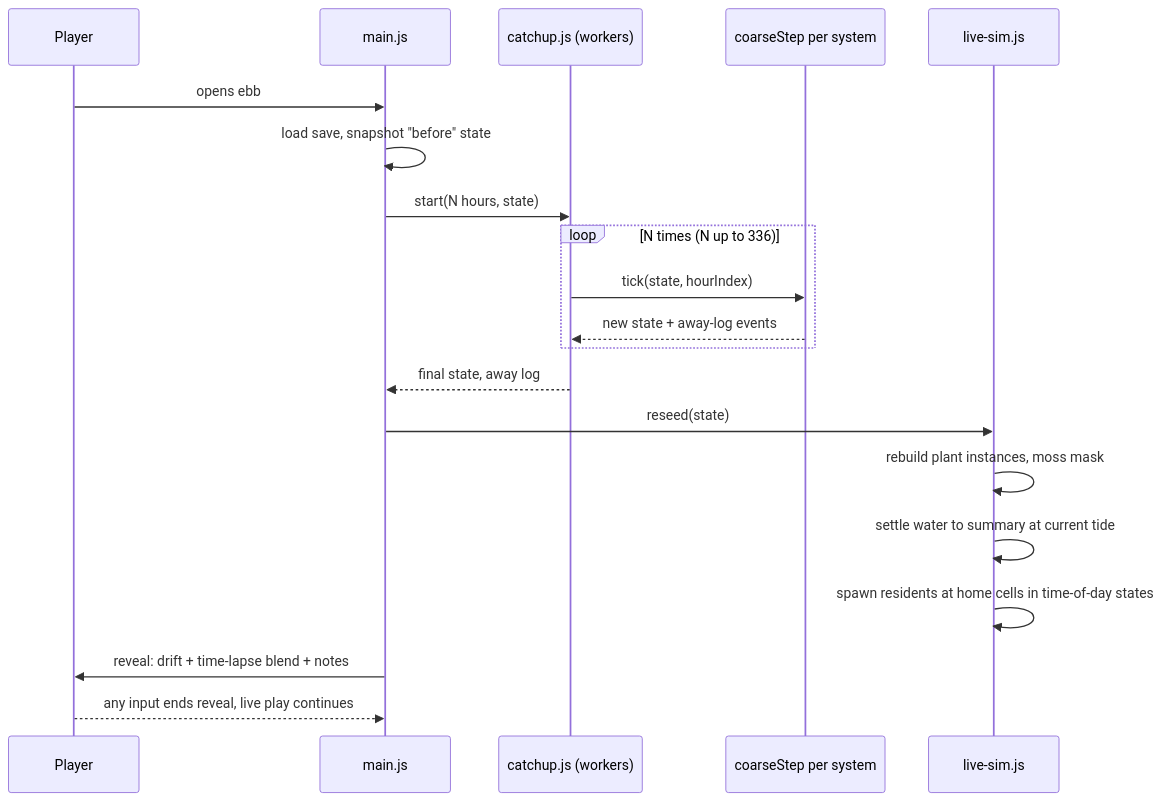
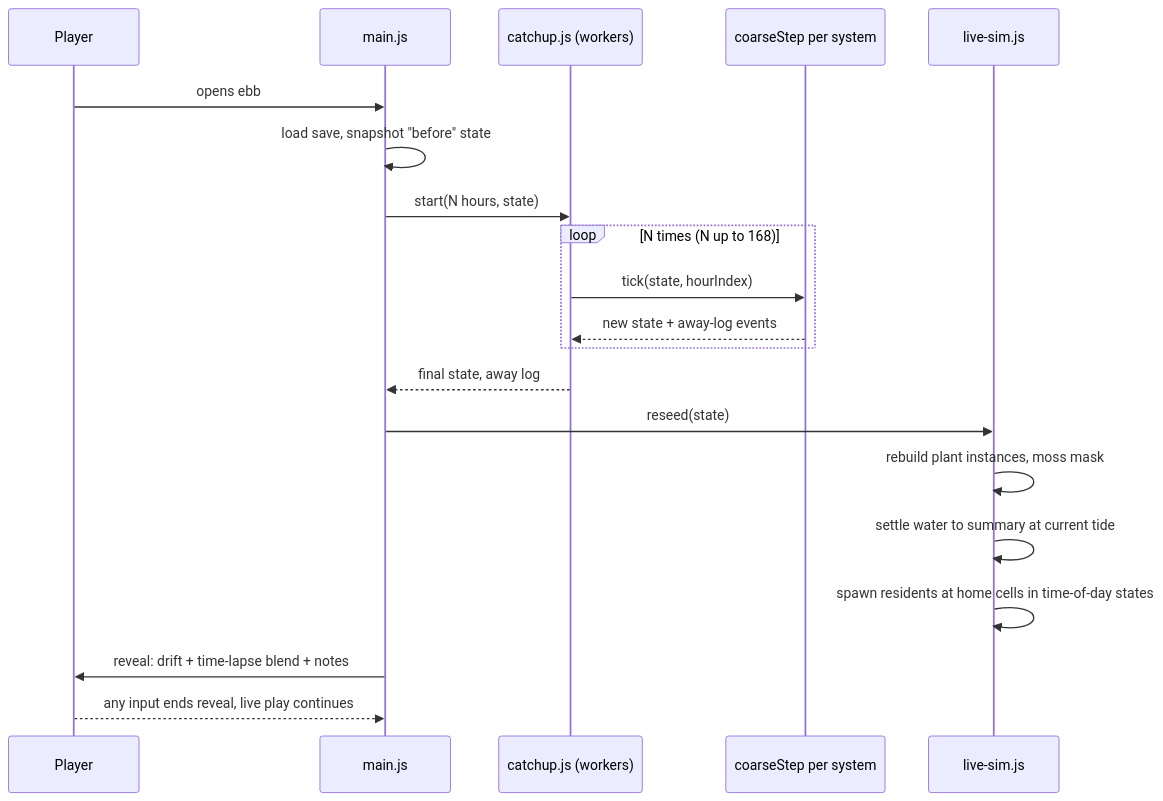
The third of 3 diagrams in docs/02-core-loop-and-idle-model.md (mshomper/ebb), drawn with Mermaid before and after one commit. The commit also changed other lines of this file and 28 other files, not shown here.

````diff
--- a/docs/02-core-loop-and-idle-model.md
+++ b/docs/02-core-loop-and-idle-model.md
@@ -86,22 +86,22 @@
 ```mermaid
 sequenceDiagram
   participant P as Player
   participant M as main.js
   participant C as catchup.js (workers)
   participant E as coarseStep per system
   participant L as live-sim.js
   P->>M: opens ebb
   M->>M: load save, snapshot "before" state
   M->>C: start(N hours, state)
-  loop N times (N up to 336)
+  loop N times (N up to 168)
     C->>E: tick(state, hourIndex)
     E-->>C: new state + away-log events
   end
   C-->>M: final state, away log
   M->>L: reseed(state)
   L->>L: rebuild plant instances, moss mask
   L->>L: settle water to summary at current tide
   L->>L: spawn residents at home cells in time-of-day states
   M->>P: reveal: drift + time-lapse blend + notes
   P-->>M: any input ends reveal, live play continues
 ```
````
